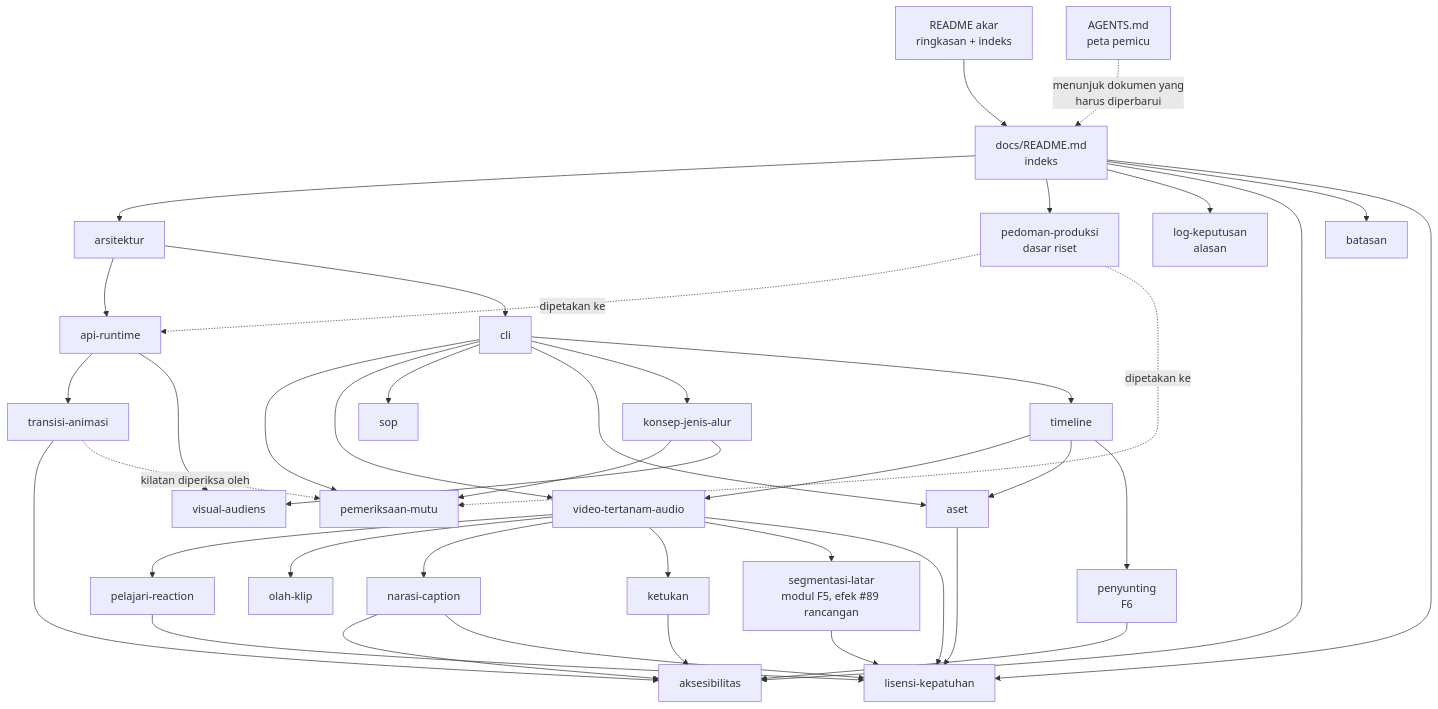
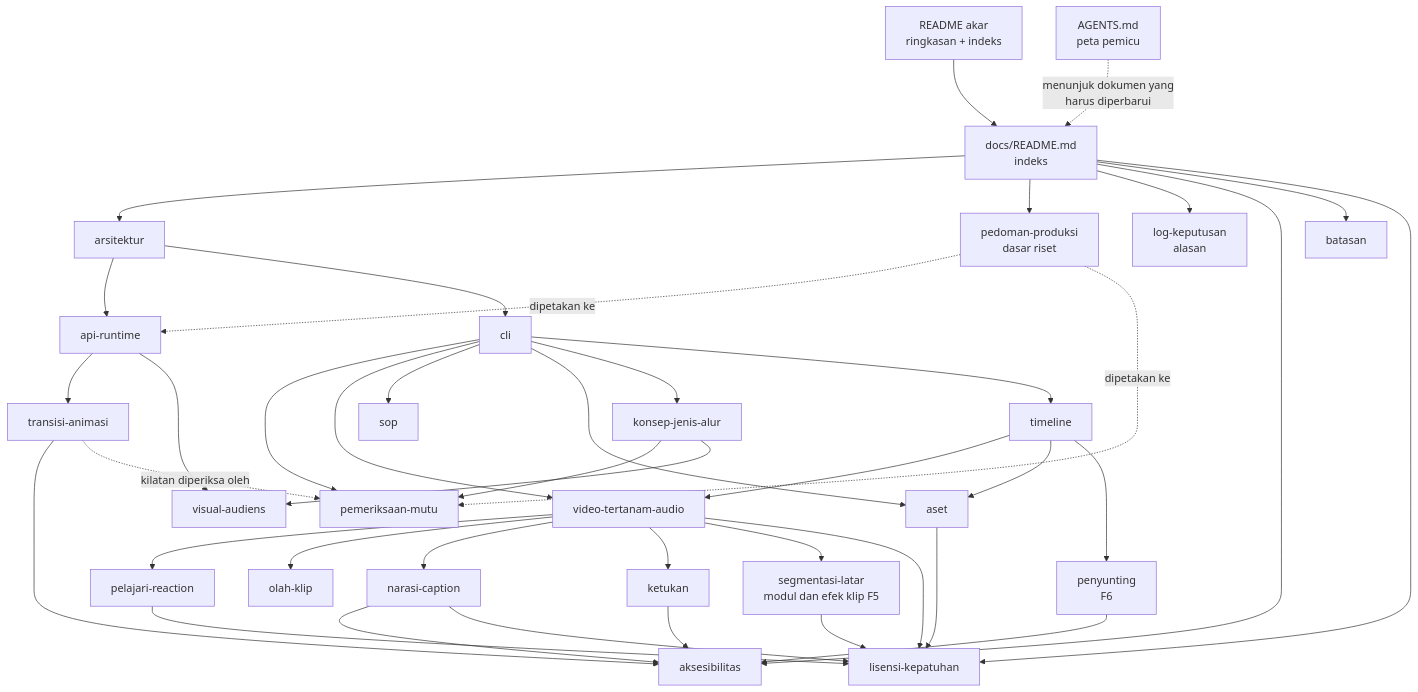
Before and after one commit to ahliweb/awvd: the diagram in docs/README.md, drawn with Mermaid. The commit also changed other lines of this file and 4 other files, not shown here.

Commit message:
docs: indeks, roadmap, log keputusan KP-100 sampai KP-103, dan CHANGELOG untuk efek klip hapusLatar

````diff
--- a/docs/README.md
+++ b/docs/README.md
@@ -47,43 +47,43 @@
 ```mermaid
 flowchart TD
     R[README akar<br/>ringkasan + indeks] --> I[docs/README.md<br/>indeks]
     I --> A[arsitektur]
     A --> API[api-runtime]
     API --> TRA[transisi-animasi]
     A --> CLI[cli]
     CLI --> QC[pemeriksaan-mutu]
     CLI --> KLP[video-tertanam-audio]
     KLP --> PLJ[pelajari-reaction]
     KLP --> OLH[olah-klip]
     KLP --> NAR[narasi-caption]
     NAR --> AKS
     KLP --> KET[ketukan]
     KET --> AKS
     NAR --> LIS
     PLJ --> LIS
     CLI --> SOP[sop]
     CLI --> ASET[aset]
     ASET --> LIS
     CLI --> KON[konsep-jenis-alur]
     KON --> QC
     CLI --> TML[timeline]
     TML --> KLP
     TML --> ASET
-    KLP --> SEG[segmentasi-latar<br/>modul F5, efek #89 rancangan]
+    KLP --> SEG[segmentasi-latar<br/>modul dan efek klip F5]
     SEG --> LIS
     TML --> PNY[penyunting<br/>F6]
     PNY --> AKS
     KON --> VIS[visual-audiens]
     API --> VIS
     I --> PP[pedoman-produksi<br/>dasar riset]
     I --> LK[log-keputusan<br/>alasan]
     I --> AKS[aksesibilitas]
     TRA --> AKS
     I --> BAT[batasan]
     I --> LIS[lisensi-kepatuhan]
     KLP --> LIS
     PP -.->|dipetakan ke| API
     PP -.->|dipetakan ke| QC
     TRA -.->|kilatan diperiksa oleh| QC
     AG[AGENTS.md<br/>peta pemicu] -.->|menunjuk dokumen yang<br/>harus diperbarui| I
 ```
````
